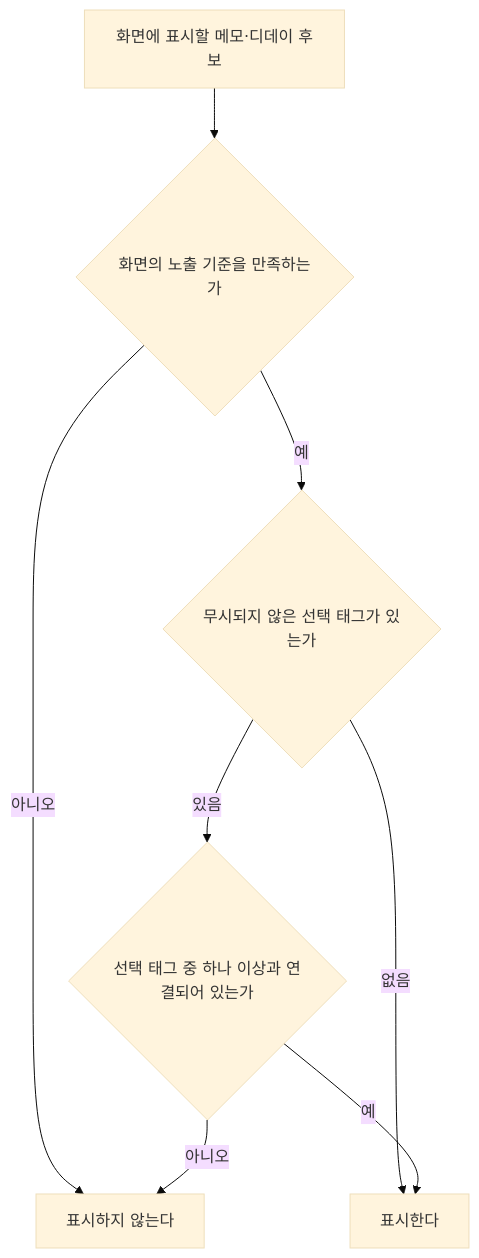
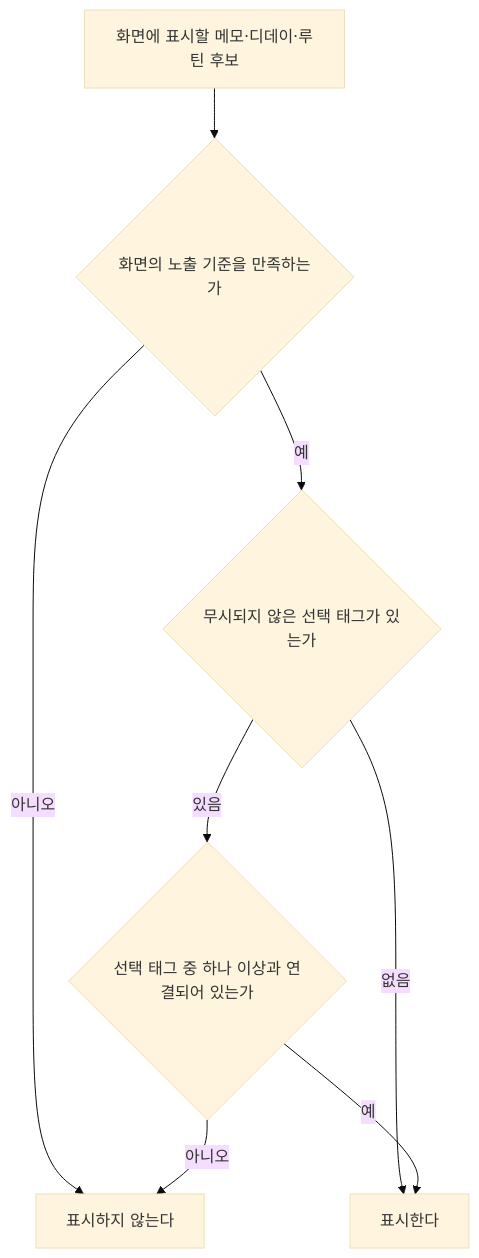
Before and after one commit to taetae98coding/DiaryKMP: the diagram in docs/spec/client/tag-filter.md, drawn with Mermaid (base theme). The commit also changed other lines of this file and 106 other files, not shown here.

````diff
--- a/docs/spec/client/tag-filter.md
+++ b/docs/spec/client/tag-filter.md
@@ -71,10 +73,10 @@
 ```mermaid
 flowchart TD
-    Start[화면에 표시할 메모·디데이 후보] --> Base{화면의 노출 기준을 만족하는가}
+    Start[화면에 표시할 메모·디데이·루틴 후보] --> Base{화면의 노출 기준을 만족하는가}
     Base -- 아니오 --> Hide[표시하지 않는다]
     Base -- 예 --> Selected{무시되지 않은 선택 태그가 있는가}
     Selected -- 없음 --> Show[표시한다]
     Selected -- 있음 --> Linked{선택 태그 중 하나 이상과 연결되어 있는가}
     Linked -- 예 --> Show
     Linked -- 아니오 --> Hide
 ```
````
